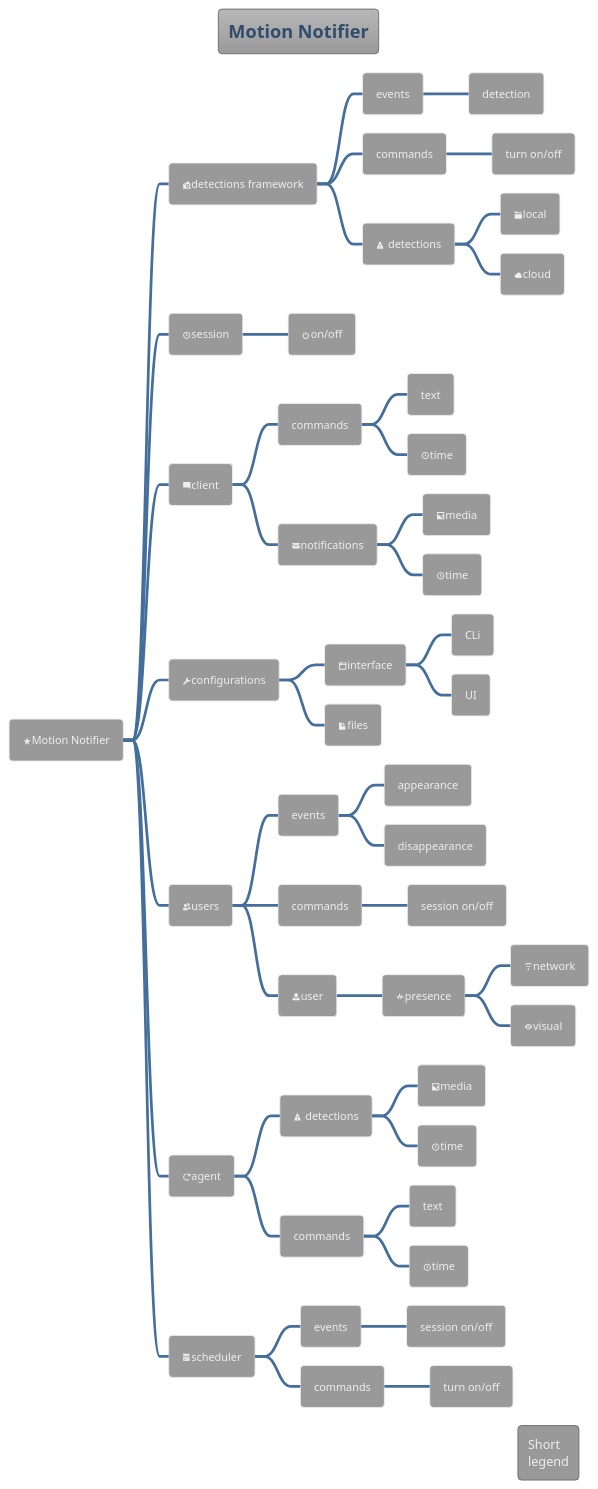
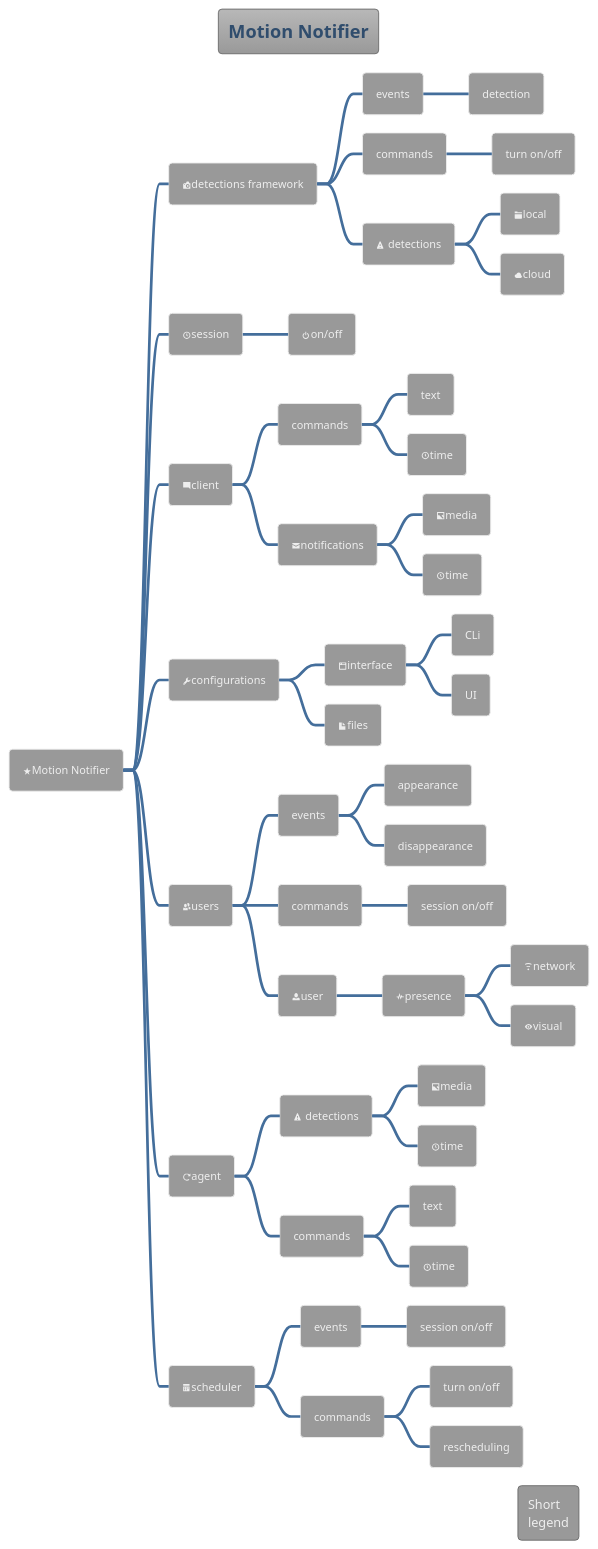
One commit to saratoga8/motion_notifier changed the diagram in docs/mind.puml. Above: the diagram before and after it, drawn with PlantUML. The commit also changed 2 other files, not shown here.

```diff
--- a/docs/mind.puml
+++ b/docs/mind.puml
@@ -1,57 +1,58 @@
 @startmindmap
 'https://plantuml.com/mindmap-diagram
 
 !theme spacelab
 
 title Motion Notifier
 
 * <&star>Motion Notifier
 ** <&camera-slr>detections framework
 *** events
 **** detection
 *** commands
 **** turn on/off
 *** <&warning> detections
 **** <&folder>local
 **** <&cloud>cloud
 ** <&clock>session
 *** <&power-standby>on/off
 ** <&comment-square>client
 *** commands
 **** text
 **** <&clock>time
 *** <&envelope-closed>notifications
 **** <&image>media
 **** <&clock>time
 ** <&wrench>configurations
 *** <&browser>interface
 **** CLi
 **** UI
 *** <&file>files
 ** <&people>users
 *** events
 **** appearance
 **** disappearance
 *** commands
 **** session on/off
 *** <&person>user
 **** <&pulse>presence
 ***** <&wifi>network
 ***** <&eye>visual
 ** <&reload>agent
 *** <&warning> detections
 **** <&image>media
 **** <&clock>time
 *** commands
 **** text
 **** <&clock>time
 ** <&calendar>scheduler
 *** events
 **** session on/off
 *** commands
 **** turn on/off
+**** rescheduling
 legend right
   Short
   legend
 endlegend
 @endmindmap
```
